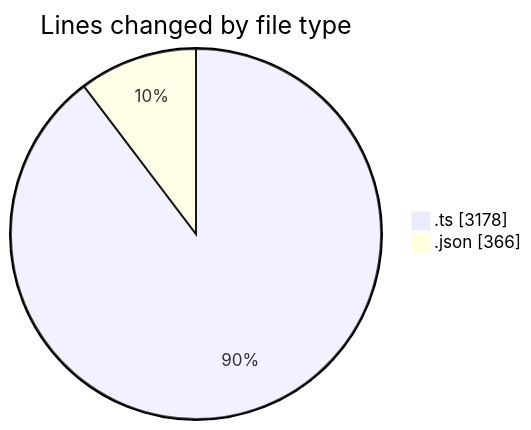
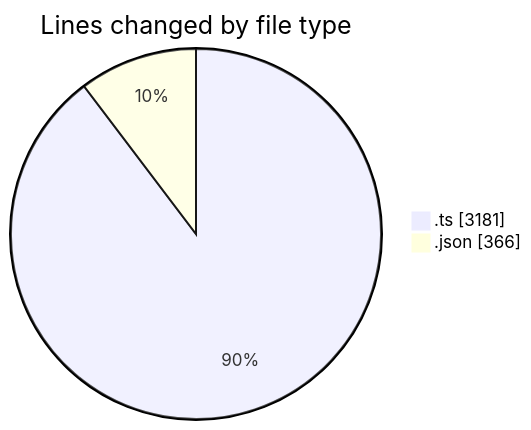
One commit to momahboobian/code-tracking changed the first of 2 diagrams in 2025-10-27/cda/README.md. Above: the diagram before and after it, drawn with Mermaid. The commit also changed other lines of this file and 1 other file, not shown here.

````diff
--- a/2025-10-27/cda/README.md
+++ b/2025-10-27/cda/README.md
@@ -26,6 +26,6 @@
 ```mermaid
 pie showData
 title Lines changed by file type
-".ts" : 3178
+".ts" : 3181
 ".json" : 366
 ```
````
